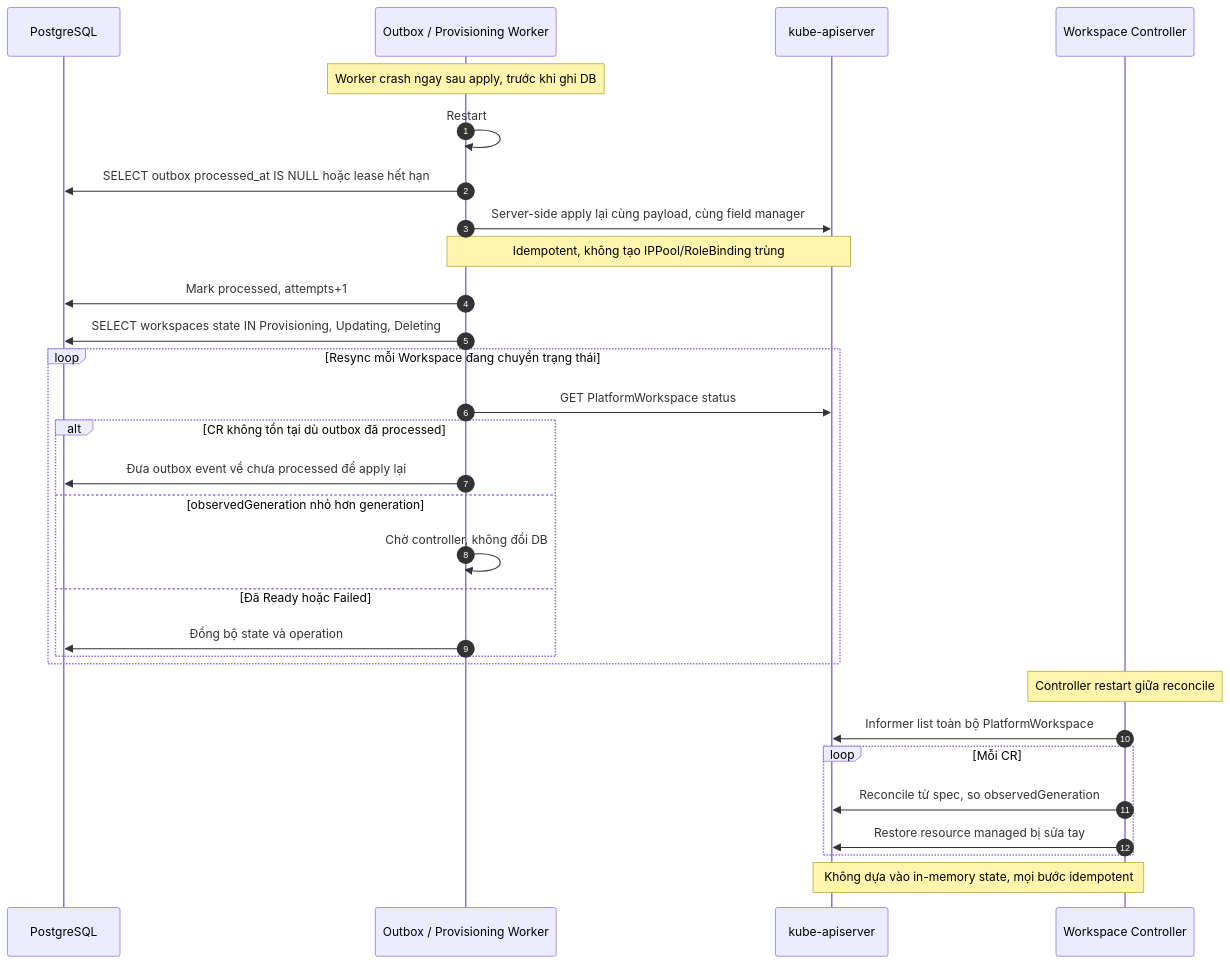
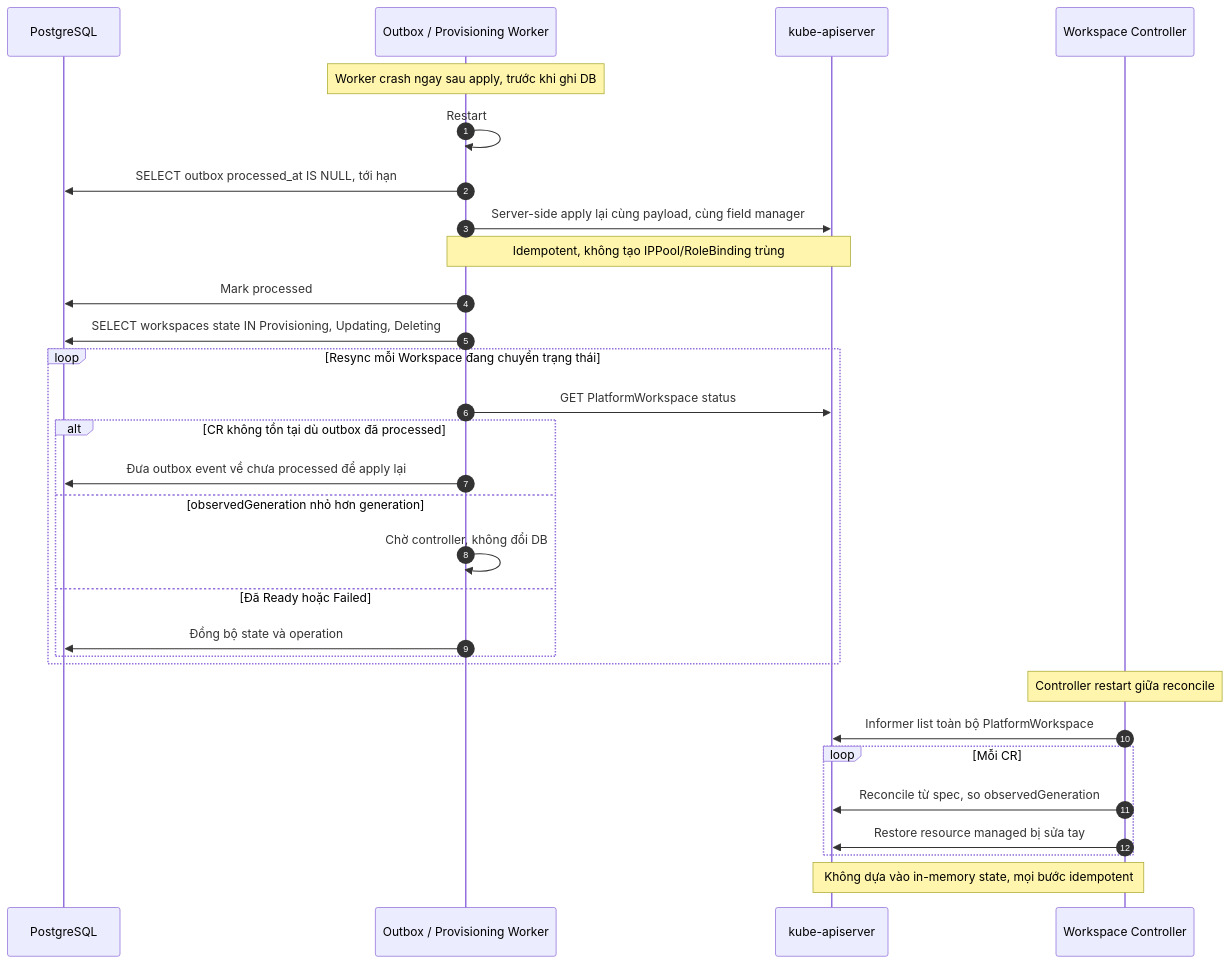
Before and after one commit to thaihoc1310/tenantry: diagram 19 of 19 in docs/architecture/03-flows.md, drawn with Mermaid. The commit also changed other lines of this file and 12 other files, not shown here.

````diff
--- a/docs/architecture/03-flows.md
+++ b/docs/architecture/03-flows.md
@@ -1053,33 +1111,33 @@
 ```mermaid
 sequenceDiagram
   autonumber
   participant DB as PostgreSQL
   participant PW as Outbox / Provisioning Worker
   participant K8S as kube-apiserver
   participant CTRL as Workspace Controller
 
   Note over PW: Worker crash ngay sau apply, trước khi ghi DB
   PW->>PW: Restart
-  PW->>DB: SELECT outbox processed_at IS NULL hoặc lease hết hạn
+  PW->>DB: SELECT outbox processed_at IS NULL, tới hạn
   PW->>K8S: Server-side apply lại cùng payload, cùng field manager
   Note over PW,K8S: Idempotent, không tạo IPPool/RoleBinding trùng
-  PW->>DB: Mark processed, attempts+1
+  PW->>DB: Mark processed
   PW->>DB: SELECT workspaces state IN Provisioning, Updating, Deleting
   loop Resync mỗi Workspace đang chuyển trạng thái
     PW->>K8S: GET PlatformWorkspace status
     alt CR không tồn tại dù outbox đã processed
       PW->>DB: Đưa outbox event về chưa processed để apply lại
     else observedGeneration nhỏ hơn generation
       PW->>PW: Chờ controller, không đổi DB
     else Đã Ready hoặc Failed
       PW->>DB: Đồng bộ state và operation
     end
   end
   Note over CTRL: Controller restart giữa reconcile
   CTRL->>K8S: Informer list toàn bộ PlatformWorkspace
   loop Mỗi CR
     CTRL->>K8S: Reconcile từ spec, so observedGeneration
     CTRL->>K8S: Restore resource managed bị sửa tay
   end
   Note over CTRL,K8S: Không dựa vào in-memory state, mọi bước idempotent
 ```
````
